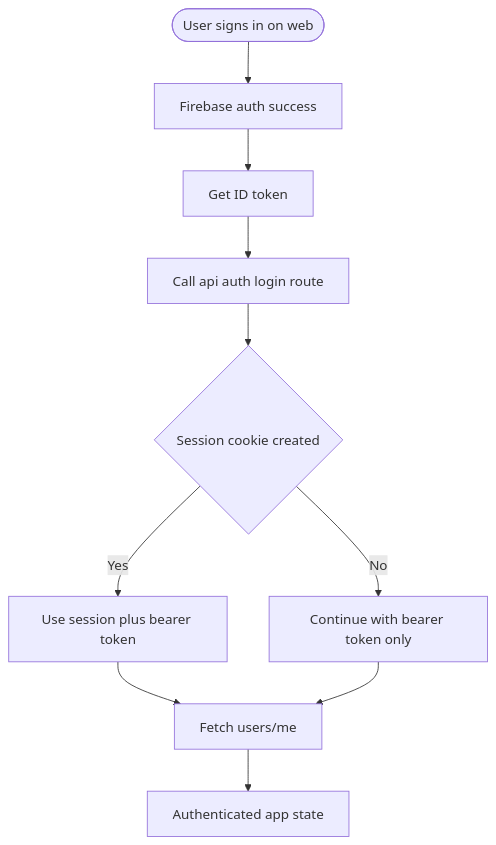
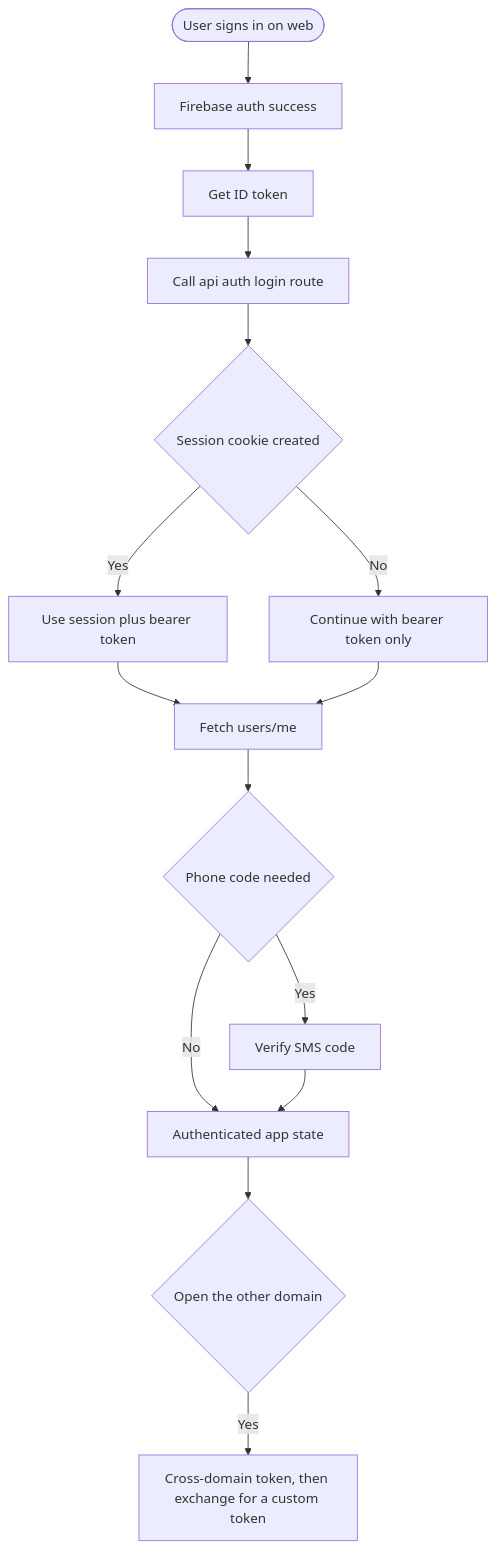
The tenth of 14 diagrams in docs/UML/uml-diagrams.md (Tmaku18/RADIOapp), drawn with Mermaid before and after one commit. The commit also changed other lines of this file and 64 other files, not shown here.

````diff
--- a/docs/UML/uml-diagrams.md
+++ b/docs/UML/uml-diagrams.md
@@ -146,12 +196,17 @@
 ```mermaid
 flowchart TD
   UserLogin([User signs in on web]) --> FirebaseSignIn[Firebase auth success]
   FirebaseSignIn --> GetIdToken[Get ID token]
   GetIdToken --> SessionAttempt[Call api auth login route]
   SessionAttempt --> SessionStatus{Session cookie created}
   SessionStatus -->|Yes| ContinueWithSession[Use session plus bearer token]
   SessionStatus -->|No| ContinueWithBearer[Continue with bearer token only]
   ContinueWithSession --> FetchProfile[Fetch users/me]
   ContinueWithBearer --> FetchProfile
-  FetchProfile --> ProfileReady[Authenticated app state]
+  FetchProfile --> PhoneGate{Phone code needed}
+  PhoneGate -->|Yes| VerifyPhone[Verify SMS code]
+  PhoneGate -->|No| ProfileReady[Authenticated app state]
+  VerifyPhone --> ProfileReady
+  ProfileReady --> OtherDomain{Open the other domain}
+  OtherDomain -->|Yes| Handoff[Cross-domain token, then exchange for a custom token]
 ```
````
